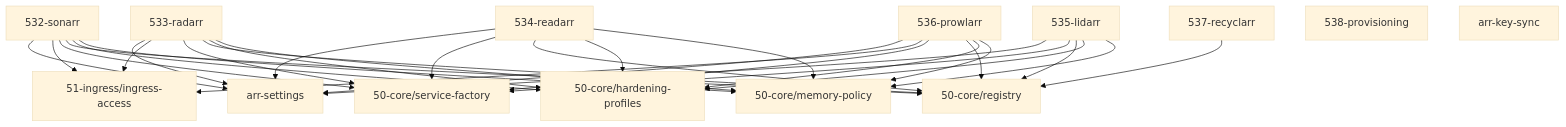
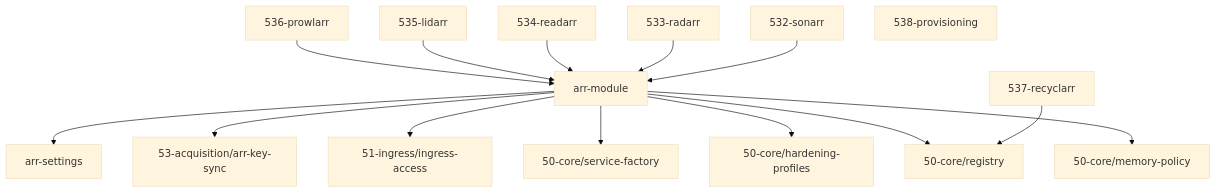
The diagram in 53-acquisition/AGENTS.md (grapefruit89/mediNix-core), drawn with Mermaid (base theme) before and after one commit. The commit also changed other lines of this file and 8 other files, not shown here.

Commit message:
feat(acquisition): universal servarr factory (arr-module.nix) & core-trio assertion

````diff
--- a/53-acquisition/AGENTS.md
+++ b/53-acquisition/AGENTS.md
@@ -69,35 +72,19 @@
 ```mermaid
 graph TD
-  532_sonarr["532-sonarr"] --> arr_settings["53-acquisition/arr-settings"]
-  532_sonarr["532-sonarr"] --> ingress_access["51-ingress/ingress-access"]
-  532_sonarr["532-sonarr"] --> service_factory["50-core/service-factory"]
-  532_sonarr["532-sonarr"] --> registry["50-core/registry"]
-  532_sonarr["532-sonarr"] --> hardening_profiles["50-core/hardening-profiles"]
-  532_sonarr["532-sonarr"] --> memory_policy["50-core/memory-policy"]
-  533_radarr["533-radarr"] --> arr_settings["53-acquisition/arr-settings"]
-  533_radarr["533-radarr"] --> ingress_access["51-ingress/ingress-access"]
-  533_radarr["533-radarr"] --> service_factory["50-core/service-factory"]
-  533_radarr["533-radarr"] --> registry["50-core/registry"]
-  533_radarr["533-radarr"] --> hardening_profiles["50-core/hardening-profiles"]
-  533_radarr["533-radarr"] --> memory_policy["50-core/memory-policy"]
-  534_readarr["534-readarr"] --> arr_settings["53-acquisition/arr-settings"]
-  534_readarr["534-readarr"] --> service_factory["50-core/service-factory"]
-  534_readarr["534-readarr"] --> registry["50-core/registry"]
-  534_readarr["534-readarr"] --> hardening_profiles["50-core/hardening-profiles"]
-  534_readarr["534-readarr"] --> memory_policy["50-core/memory-policy"]
-  535_lidarr["535-lidarr"] --> arr_settings["53-acquisition/arr-settings"]
-  535_lidarr["535-lidarr"] --> service_factory["50-core/service-factory"]
-  535_lidarr["535-lidarr"] --> registry["50-core/registry"]
-  535_lidarr["535-lidarr"] --> hardening_profiles["50-core/hardening-profiles"]
-  535_lidarr["535-lidarr"] --> memory_policy["50-core/memory-policy"]
-  536_prowlarr["536-prowlarr"] --> arr_settings["53-acquisition/arr-settings"]
-  536_prowlarr["536-prowlarr"] --> ingress_access["51-ingress/ingress-access"]
-  536_prowlarr["536-prowlarr"] --> service_factory["50-core/service-factory"]
-  536_prowlarr["536-prowlarr"] --> registry["50-core/registry"]
-  536_prowlarr["536-prowlarr"] --> hardening_profiles["50-core/hardening-profiles"]
-  536_prowlarr["536-prowlarr"] --> memory_policy["50-core/memory-policy"]
+  532_sonarr["532-sonarr"] --> arr_module["53-acquisition/arr-module"]
+  533_radarr["533-radarr"] --> arr_module["53-acquisition/arr-module"]
+  534_readarr["534-readarr"] --> arr_module["53-acquisition/arr-module"]
+  535_lidarr["535-lidarr"] --> arr_module["53-acquisition/arr-module"]
+  536_prowlarr["536-prowlarr"] --> arr_module["53-acquisition/arr-module"]
   537_recyclarr["537-recyclarr"] --> registry["50-core/registry"]
   538_provisioning["538-provisioning"]
   arr_key_sync["arr-key-sync"]
+  arr_module["arr-module"] --> arr_settings["53-acquisition/arr-settings"]
+  arr_module["arr-module"] --> arr_key_sync["53-acquisition/arr-key-sync"]
+  arr_module["arr-module"] --> ingress_access["51-ingress/ingress-access"]
+  arr_module["arr-module"] --> service_factory["50-core/service-factory"]
+  arr_module["arr-module"] --> registry["50-core/registry"]
+  arr_module["arr-module"] --> hardening_profiles["50-core/hardening-profiles"]
+  arr_module["arr-module"] --> memory_policy["50-core/memory-policy"]
   arr_settings["arr-settings"]
 ```
````
